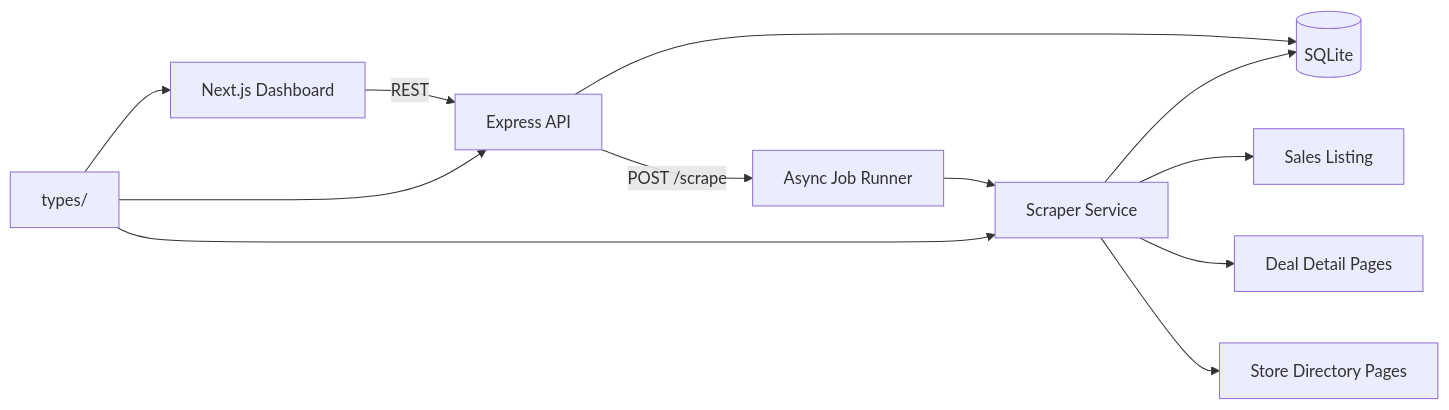
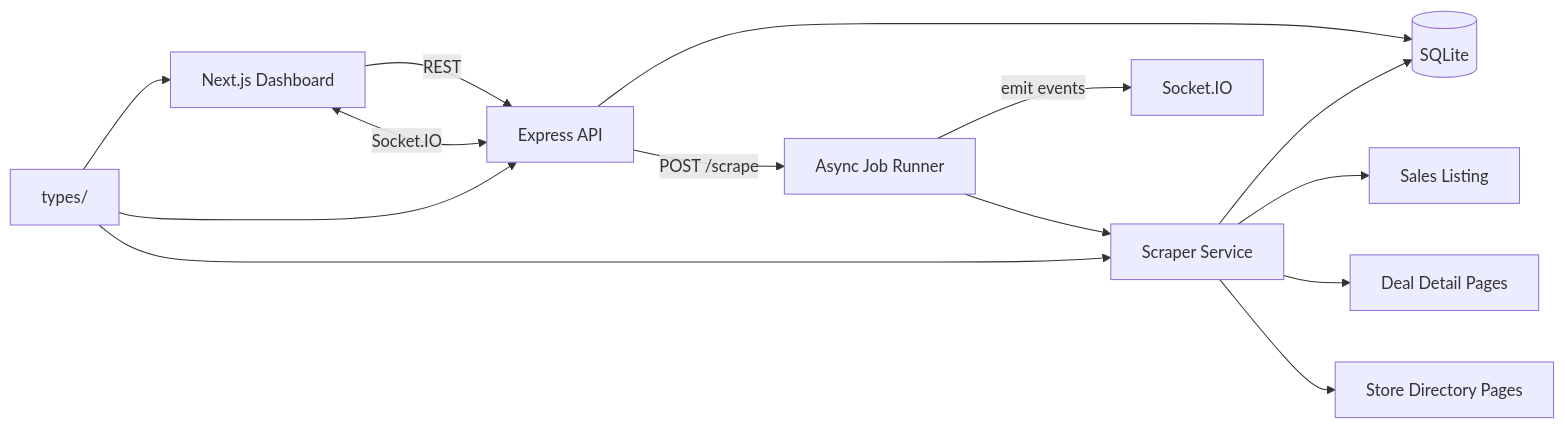
The diagram in DESIGN.MD (Itzadetunji/engagement-agents-interview), drawn with Mermaid before and after one commit. The commit also changed other lines of this file and 8 other files, not shown here.

````diff
--- a/DESIGN.MD
+++ b/DESIGN.MD
@@ -30,14 +31,16 @@
 ```mermaid
 flowchart LR
   ui[Next.js Dashboard] -->|REST| api[Express API]
+  ui <-->|Socket.IO| api
   api --> db[(SQLite)]
   api -->|POST /scrape| jobRunner[Async Job Runner]
   jobRunner --> scraper[Scraper Service]
   scraper --> salesPage[Sales Listing]
   scraper --> dealPages[Deal Detail Pages]
   scraper --> storePages[Store Directory Pages]
   scraper --> db
+  jobRunner -->|emit events| socket[Socket.IO]
   types[types/] --> api
   types --> ui
   types --> scraper
 ```
````
